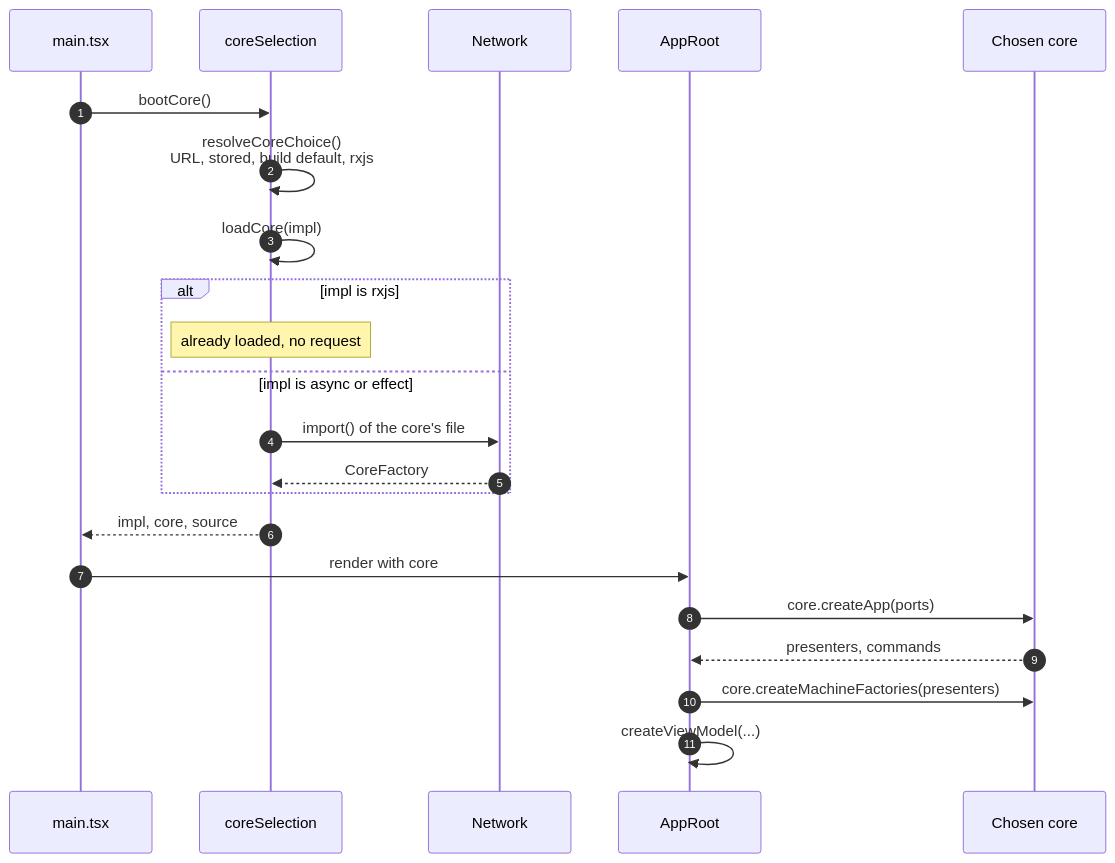
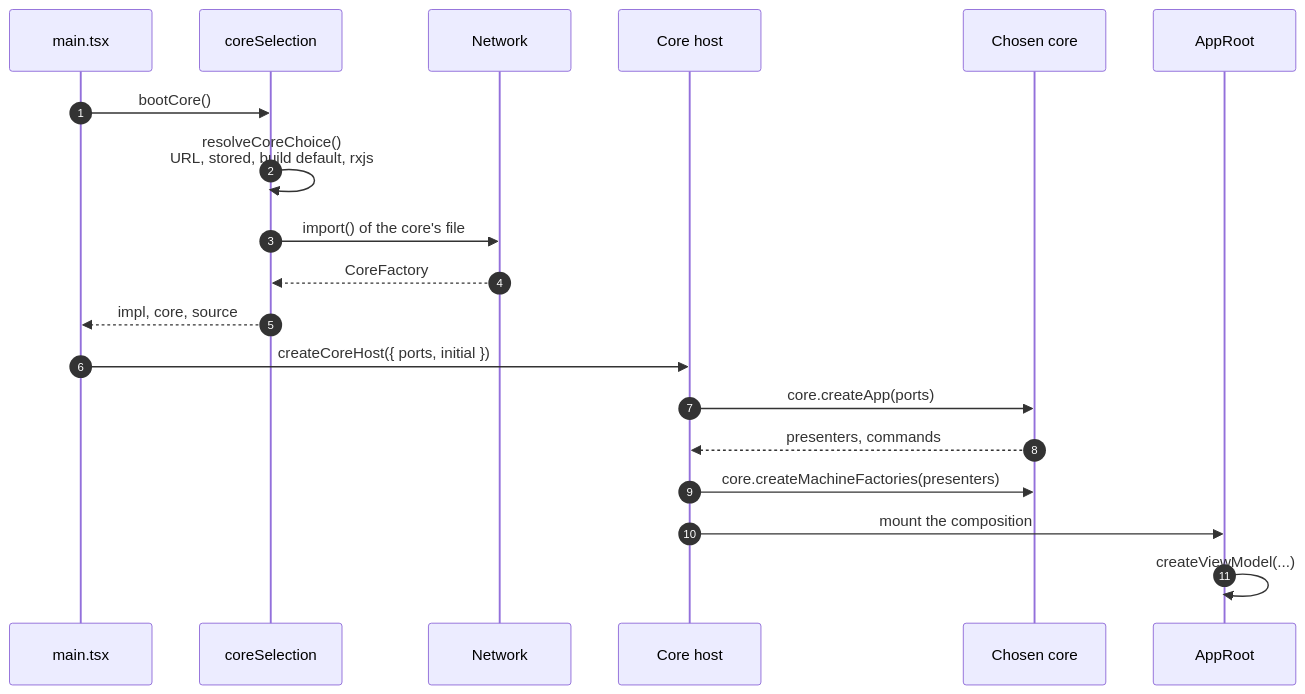
Before and after one commit to bettersoftware-io/ReactiveTraderCloudClone: diagram 12 of 17 in docs/architecture/23-application-cores-explained.md, drawn with Mermaid. The commit also changed other lines of this file and 6 other files, not shown here.

````diff
--- a/docs/architecture/23-application-cores-explained.md
+++ b/docs/architecture/23-application-cores-explained.md
@@ -758,25 +803,22 @@
 ```mermaid
 sequenceDiagram
   autonumber
   participant M as main.tsx
   participant S as coreSelection
   participant N as Network
+  participant H as Core host
+  participant C as Chosen core
   participant R as AppRoot
-  participant C as Chosen core
 
   M->>S: bootCore()
   S->>S: resolveCoreChoice()<br/>URL, stored, build default, rxjs
-  S->>S: loadCore(impl)
-  alt impl is rxjs
-    Note over S: already loaded, no request
-  else impl is async or effect
-    S->>N: import() of the core's file
-    N-->>S: CoreFactory
-  end
+  S->>N: import() of the core's file
+  N-->>S: CoreFactory
   S-->>M: impl, core, source
-  M->>R: render with core
-  R->>C: core.createApp(ports)
-  C-->>R: presenters, commands
-  R->>C: core.createMachineFactories(presenters)
+  M->>H: createCoreHost({ ports, initial })
+  H->>C: core.createApp(ports)
+  C-->>H: presenters, commands
+  H->>C: core.createMachineFactories(presenters)
+  H->>R: mount the composition
   R->>R: createViewModel(...)
 ```
````
